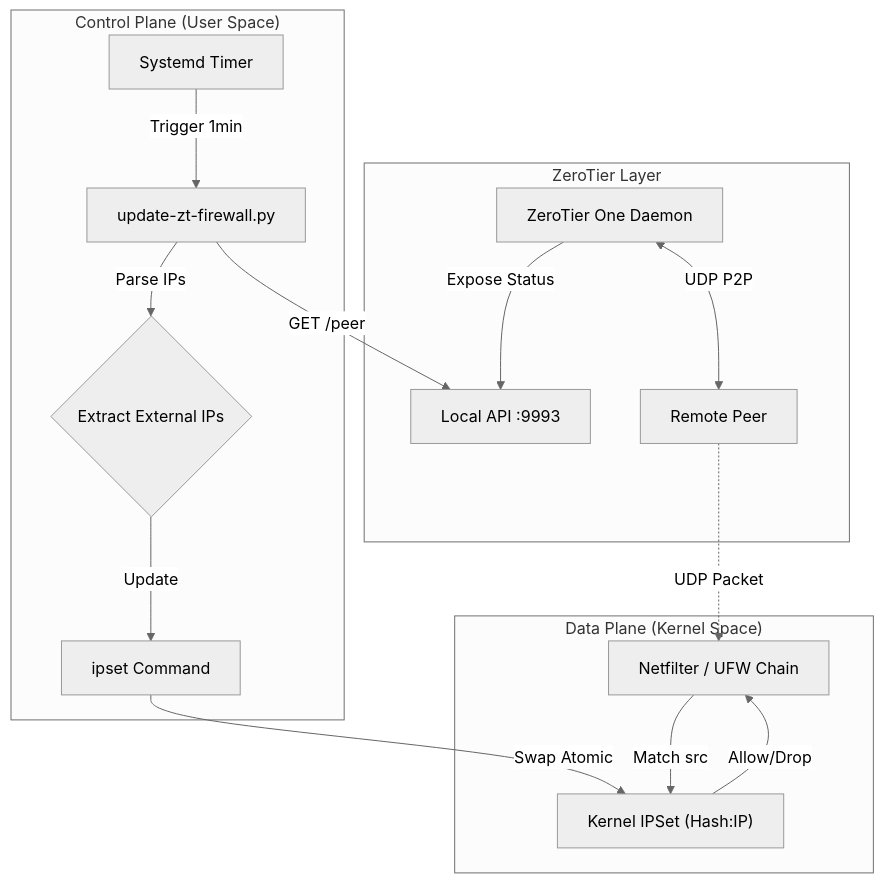
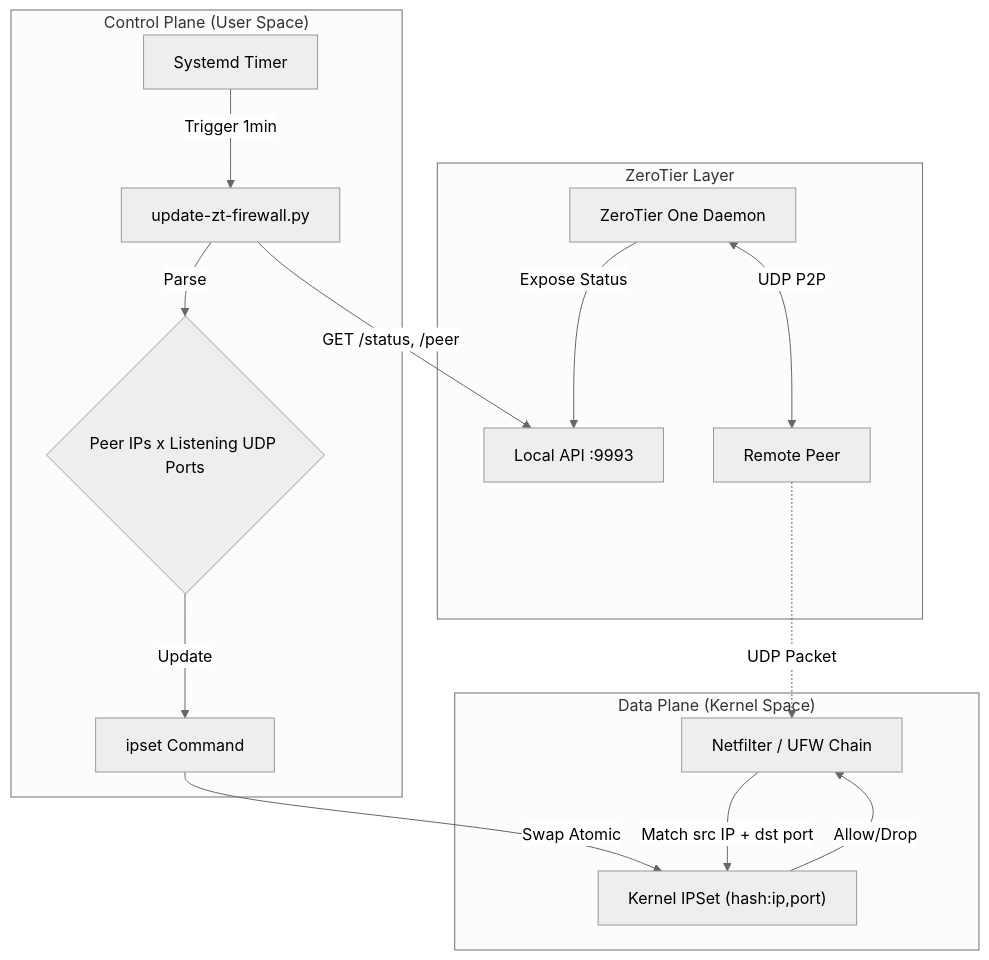
Before and after one commit to jassdack/zt-udp-puncher: the diagram in README.md, drawn with Mermaid (neutral theme). The commit also changed other lines of this file and 3 other files, not shown here.

````diff
--- a/README.md
+++ b/README.md
@@ -31,26 +33,26 @@
 ```mermaid
 graph TD
     subgraph "ZeroTier Layer"
         ZT["ZeroTier One Daemon"]
         API["Local API :9993"]
         Peer["Remote Peer"]
         ZT <-->|UDP P2P| Peer
         ZT -->|Expose Status| API
     end
 
     subgraph "Control Plane (User Space)"
         Timer["Systemd Timer"] -->|Trigger 1min| Scriptor["update-zt-firewall.py"]
-        Scriptor -->|GET /peer| API
-        Scriptor -->|Parse IPs| Logic{"Extract External IPs"}
+        Scriptor -->|GET /status, /peer| API
+        Scriptor -->|Parse| Logic{"Peer IPs x Listening UDP Ports"}
         Logic -->|Update| IPSetUtils["ipset Command"]
     end
 
     subgraph "Data Plane (Kernel Space)"
-        IPSetUtils -->|Swap Atomic| KernelSet["Kernel IPSet (Hash:IP)"]
+        IPSetUtils -->|Swap Atomic| KernelSet["Kernel IPSet (hash:ip,port)"]
         Netfilter["Netfilter / UFW Chain"]
-        Netfilter -->|Match src| KernelSet
+        Netfilter -->|Match src IP + dst port| KernelSet
         KernelSet -->|Allow/Drop| Netfilter
     end
 
     Peer -.->|UDP Packet| Netfilter
 ```
````
